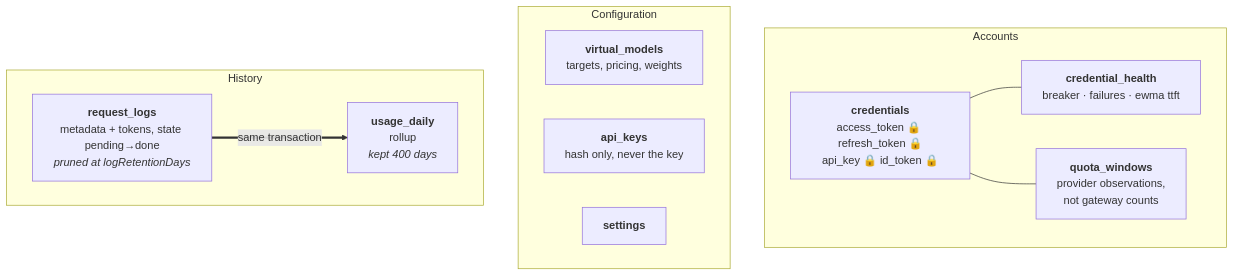
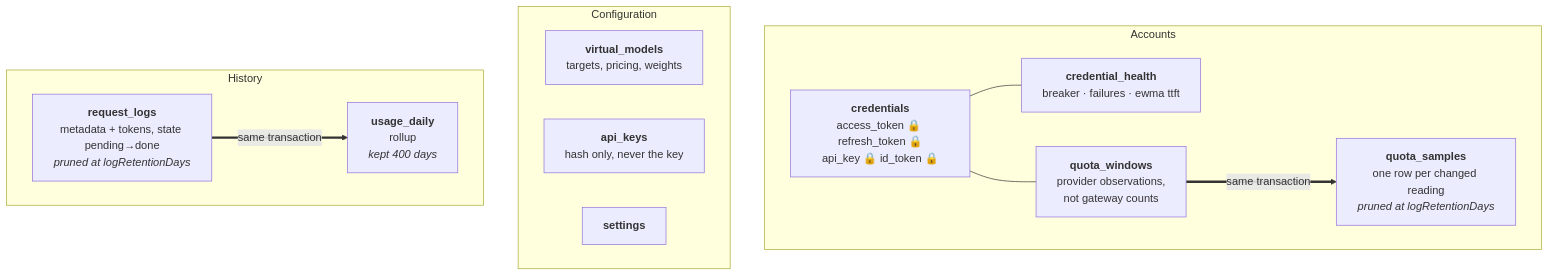
The fifth of 7 diagrams in ARCHITECTURE.md (harismawan/omnigateway), drawn with Mermaid before and after one commit. The commit also changed other lines of this file and 1 other file, not shown here.

First line of the commit message:
docs: record quota_samples in the storage model

````diff
--- a/ARCHITECTURE.md
+++ b/ARCHITECTURE.md
@@ -170,23 +170,25 @@
 ```mermaid
 flowchart TB
   subgraph accounts[Accounts]
     cred["<b>credentials</b><br/>access_token 🔒 refresh_token 🔒<br/>api_key 🔒 id_token 🔒"]
     health["<b>credential_health</b><br/>breaker · failures · ewma ttft"]
     quota["<b>quota_windows</b><br/>provider observations,<br/>not gateway counts"]
+    samples["<b>quota_samples</b><br/>one row per changed reading<br/><i>pruned at logRetentionDays</i>"]
   end
 
   subgraph config[Configuration]
     vm["<b>virtual_models</b><br/>targets, pricing, weights"]
     keys["<b>api_keys</b><br/>hash only, never the key"]
     settings["<b>settings</b>"]
   end
 
   subgraph history[History]
     logs["<b>request_logs</b><br/>metadata + tokens, state pending→done<br/><i>pruned at logRetentionDays</i>"]
     daily["<b>usage_daily</b><br/>rollup<br/><i>kept 400 days</i>"]
   end
 
   cred --- health
   cred --- quota
+  quota == "same transaction" ==> samples
   logs == "same transaction" ==> daily
 ```
````
